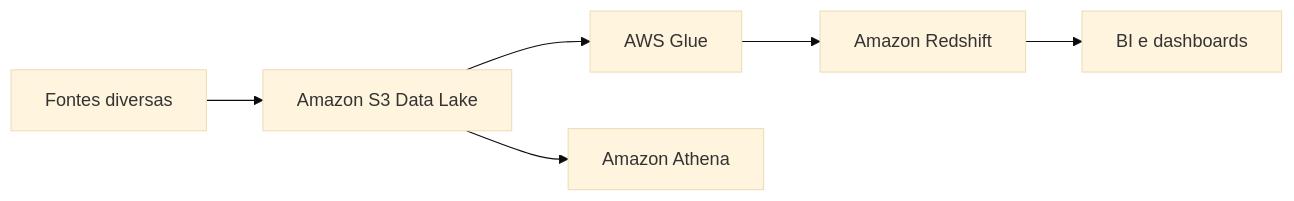
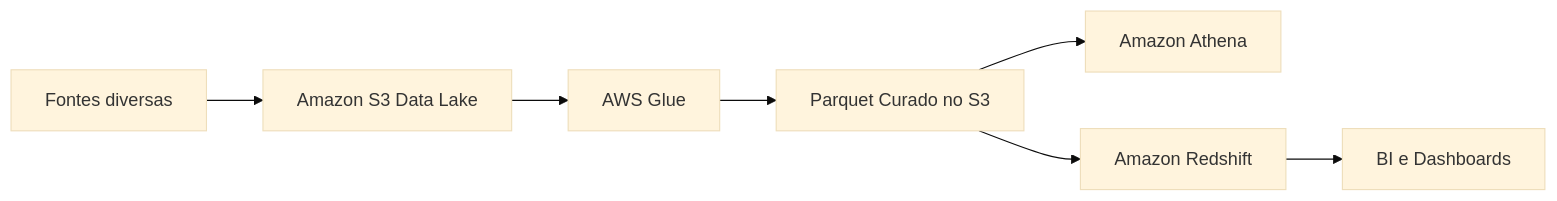
One commit to Ito-Santana/aws-dea-guia-estudos changed the diagram in fundamentos-engenharia-de-dados/lakes-vs-warehouse.md. Above: the diagram before and after it, drawn with Mermaid (base theme). The commit also changed other lines of this file, not shown here.

````diff
--- a/fundamentos-engenharia-de-dados/lakes-vs-warehouse.md
+++ b/fundamentos-engenharia-de-dados/lakes-vs-warehouse.md
@@ -82,8 +135,9 @@
 ```mermaid
 flowchart LR
     A[Fontes diversas] --> B[Amazon S3 Data Lake]
     B --> C[AWS Glue]
-    C --> D[Amazon Redshift]
-    B --> E[Amazon Athena]
-    D --> F[BI e dashboards]
+    C --> D[Parquet Curado no S3]
+    D --> E[Amazon Athena]
+    D --> F[Amazon Redshift]
+    F --> G[BI e Dashboards]
 ```
````
